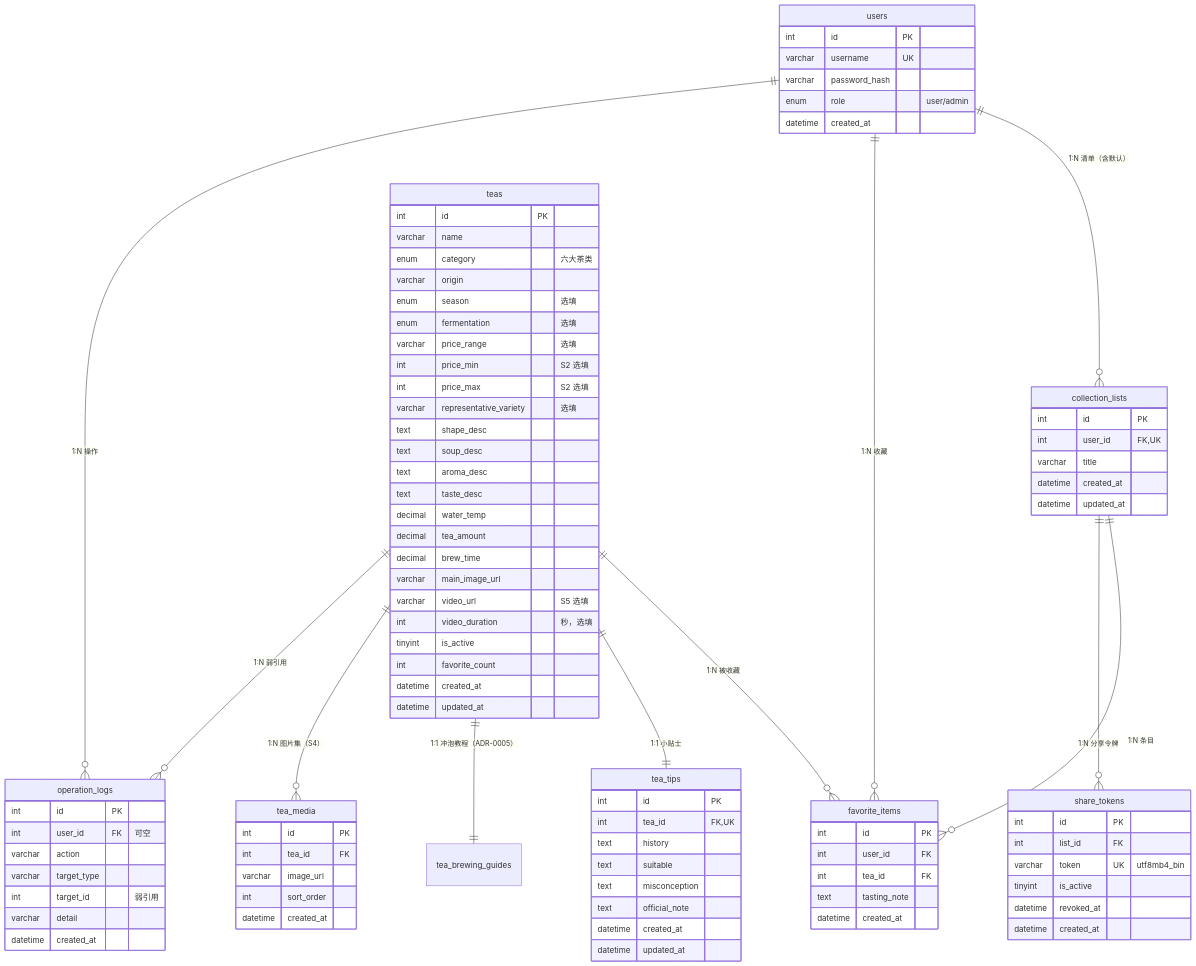
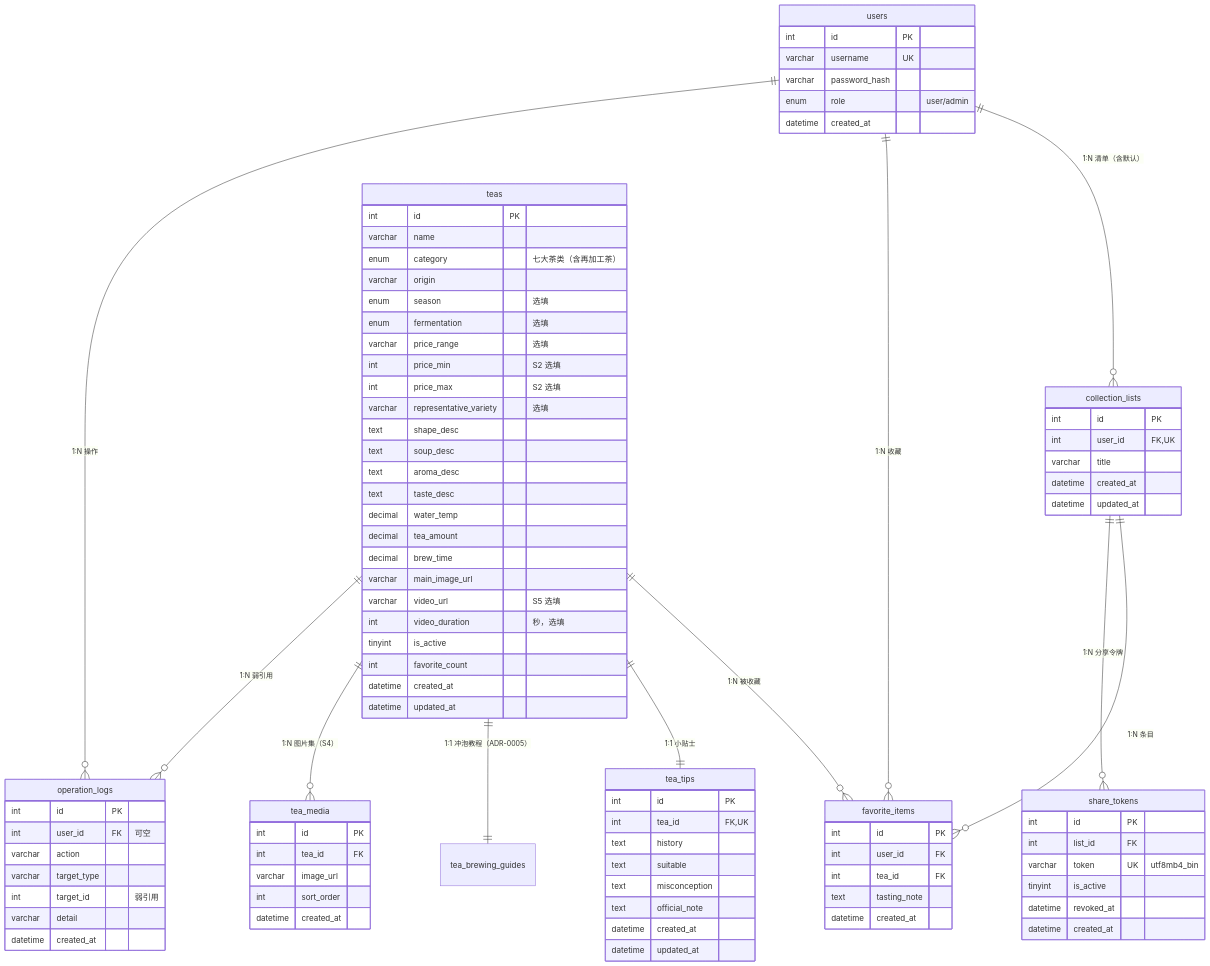
One commit to 123456899963/111 changed the diagram in docs/architecture/DATA_MODEL.md. Above: the diagram before and after it, drawn with Mermaid. The commit also changed other lines of this file and 60 other files, not shown here.

```diff
--- a/docs/architecture/DATA_MODEL.md
+++ b/docs/architecture/DATA_MODEL.md
@@ -93,7 +93,7 @@
     teas {
         int id PK
         varchar name
-        enum category "六大茶类"
+        enum category "七大茶类（含再加工茶）"
         varchar origin
         enum season "选填"
         enum fermentation "选填"
```
